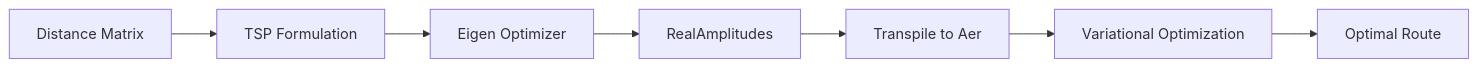
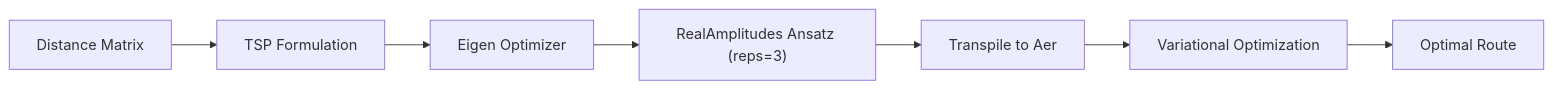
One commit to PouliotAlexis/QuantumCT-RTRC-qBraid-Challenge changed the second of 3 diagrams in README.md. Above: the diagram before and after it, drawn with Mermaid. The commit also changed other lines of this file, not shown here.

Commit message:
docs: update README mermaid diagrams with detailed process descriptions and circuit specifications

````diff
--- a/README.md
+++ b/README.md
@@ -127,4 +132,4 @@
 ```mermaid
 graph LR
-    A["Distance Matrix"] --> B["TSP Formulation"] --> C["Eigen Optimizer"] --> D["RealAmplitudes"] --> E["Transpile to Aer"] --> F["Variational Optimization"] --> G["Optimal Route"]
+    A["Distance Matrix"] --> B["TSP Formulation"] --> C["Eigen Optimizer"] --> D["RealAmplitudes Ansatz (reps=3)"] --> E["Transpile to Aer"] --> F["Variational Optimization"] --> G["Optimal Route"]
 ```
````
